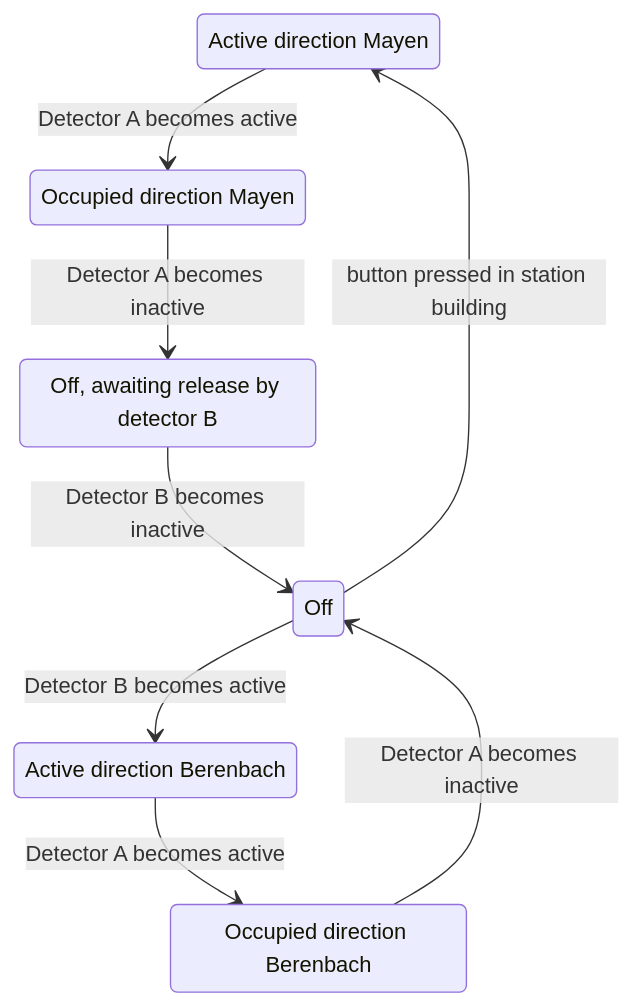
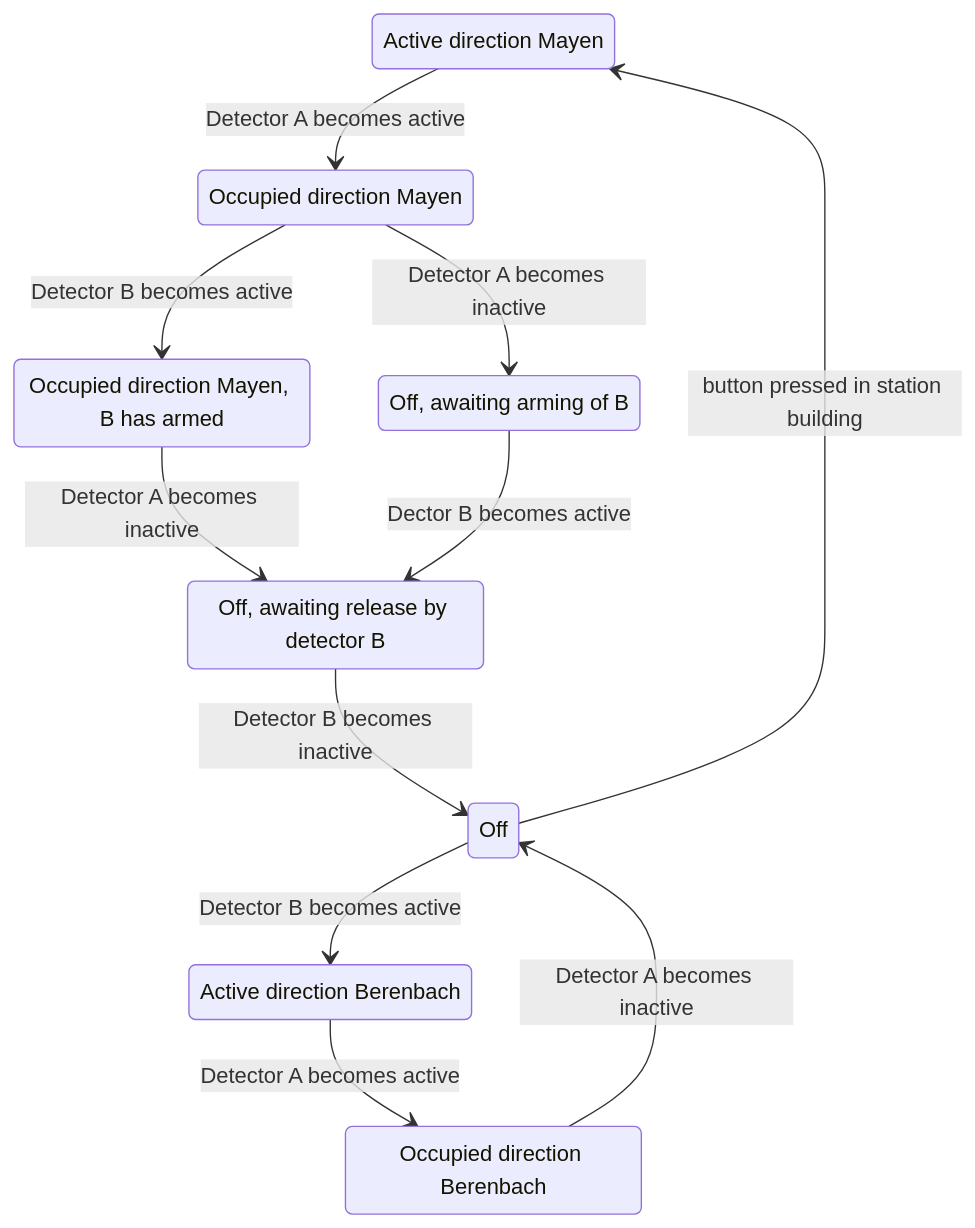
Before and after one commit to reinout/reinout-arduino: the diagram in levelcrossings/berenbach/states.md, drawn with Mermaid. The commit also changed 5 other files, not shown here.

````diff
--- a/levelcrossings/berenbach/states.md
+++ b/levelcrossings/berenbach/states.md
@@ -10,16 +10,23 @@
 ```mermaid
 stateDiagram-v2
     m1: Active direction Mayen
     m2: Occupied direction Mayen
-	m3: Off, awaiting release by detector B
+    m3a: Occupied direction Mayen, B has armed
+    m3b: Off, awaiting arming of B
+	m3c: Off, awaiting release by detector B
     b1: Active direction Berenbach
     b2: Occupied direction Berenbach
+
     Off --> m1: button pressed in station building
     m1 --> m2: Detector A becomes active
-	m2 --> m3: Detector A becomes inactive
-	m3 --> Off: Detector B becomes inactive
+	m2 --> m3a: Detector B becomes active
+    m3a --> m3c: Detector A becomes inactive
+	m2 --> m3b: Detector A becomes inactive
+    m3b --> m3c: Dector B becomes active
+	m3c --> Off: Detector B becomes inactive
+
 	Off --> b1: Detector B becomes active
 	b1 --> b2: Detector A becomes active
 	b2 --> Off: Detector A becomes inactive
 
 ```
````
